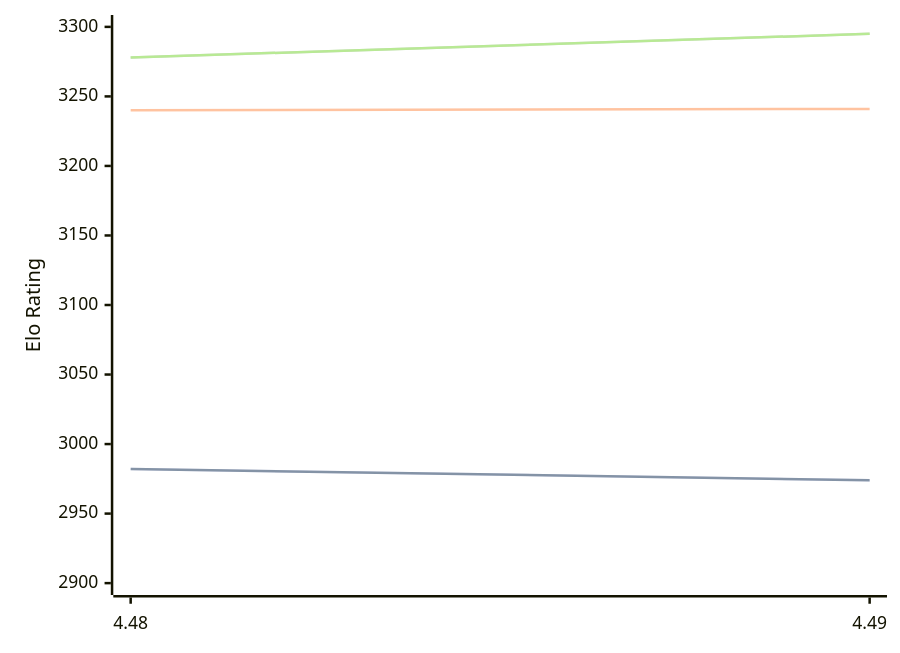
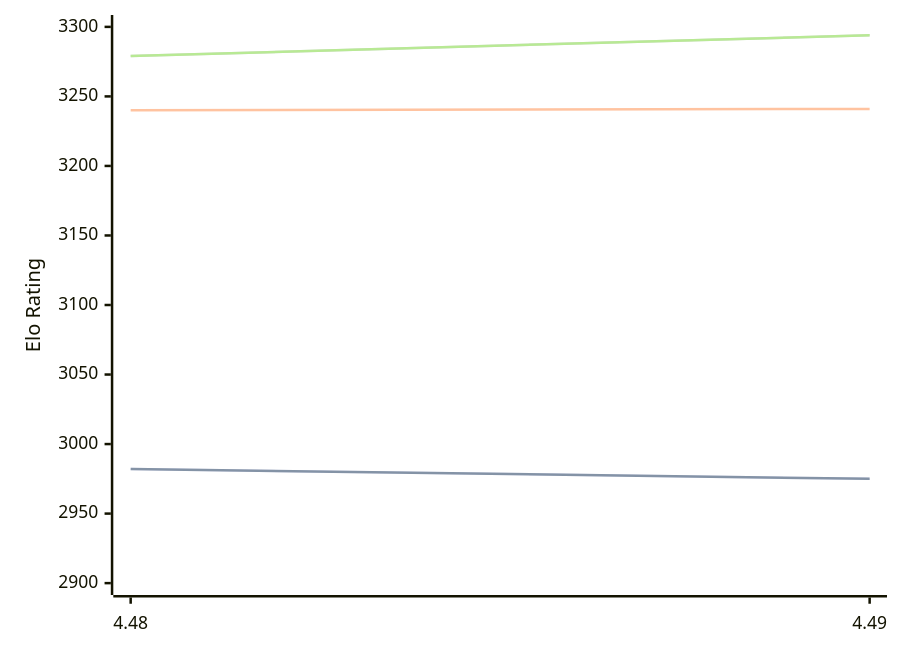
Before and after one commit to computer-chess-index/cci: the diagram in engines/Cheng4.md, drawn with Mermaid. The commit also changed other lines of this file, not shown here.

Commit message:
Update CCI Ratings (ELO VLTC) - 2026-09-09

````diff
--- a/engines/Cheng4.md
+++ b/engines/Cheng4.md
@@ -32,11 +32,11 @@
 ```mermaid
 %%{init: {"theme":"base","themeVariables":{"seriesColors:['#a3a3a3','#222221','#faa371']}}}%%
 xychart-beta
   x-axis ["4.48", "4.49"]
   y-axis "Elo Rating" 2900 --> 3300
-  line "" [2982, 2974]
-  line "STC (8.0+0.08s)" [2982, 2974]
+  line "" [2982, 2975]
+  line "STC (8.0+0.08s)" [2982, 2975]
   line "LTC (60.0+0.60s)" [3240, 3241]
-  line "" [3278, 3295]
-  line "VLTC (2m24s+1.12s)" [3278, 3295]
+  line "" [3279, 3294]
+  line "VLTC (2m24s+1.12s)" [3279, 3294]
 ```
````
